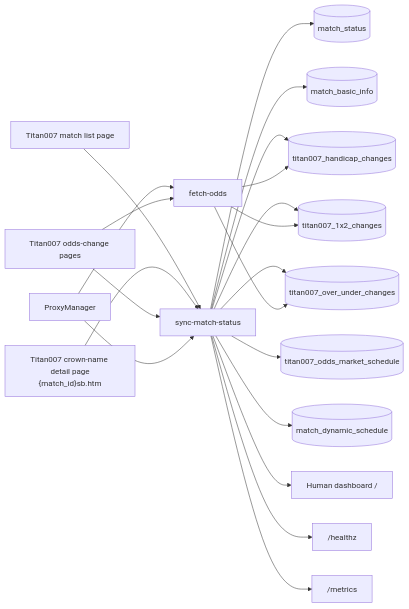
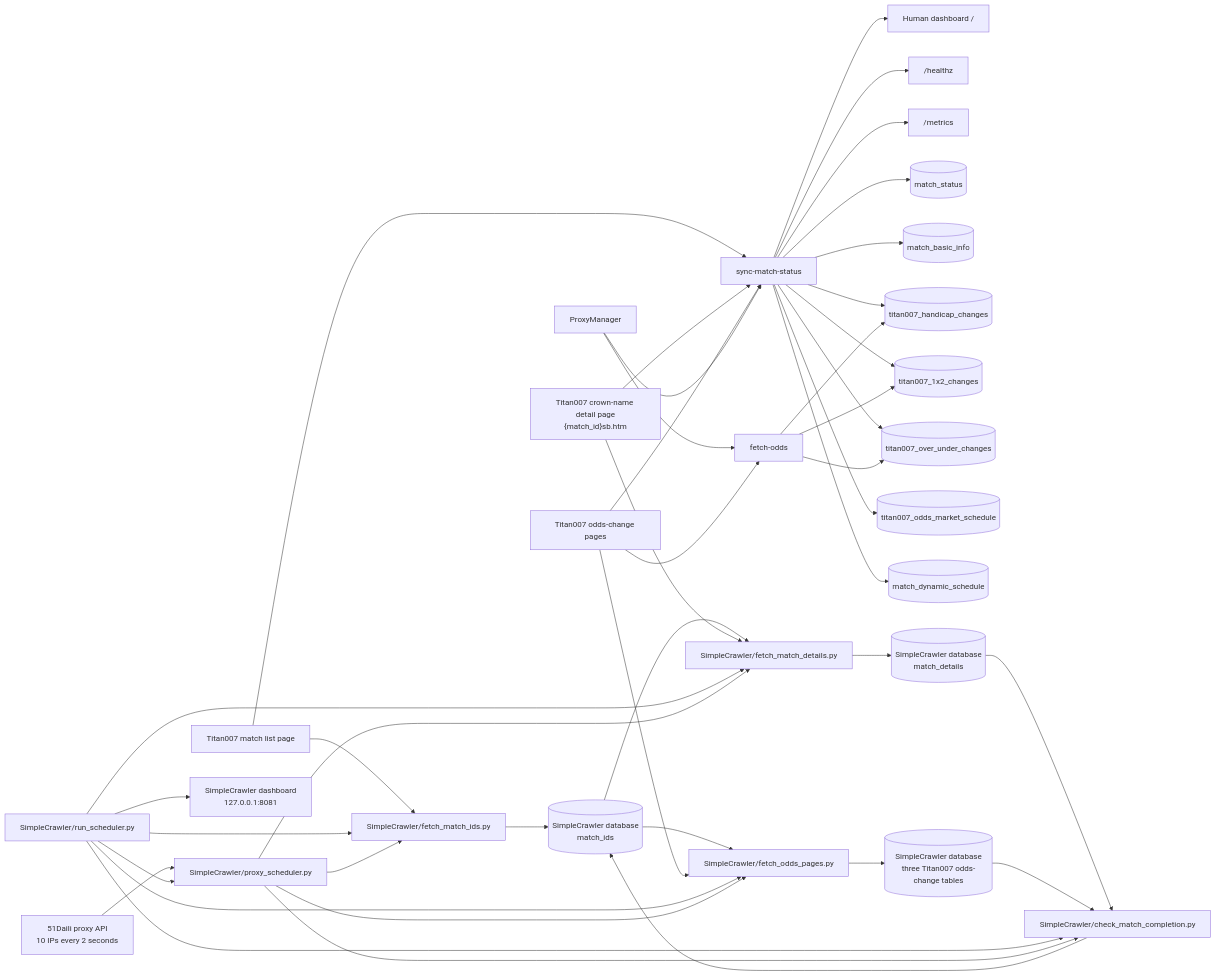
Before and after one commit to adam-zou/football2607: the first of 4 diagrams in docs/architecture/code-flow.md, drawn with Mermaid. The commit also changed other lines of this file and 25 other files, not shown here.

Commit message:
Add standalone SimpleCrawler workflow

````diff
--- a/docs/architecture/code-flow.md
+++ b/docs/architecture/code-flow.md
@@ -9,41 +9,74 @@
 ```mermaid
 flowchart LR
     TitanList["Titan007 match list page"]
     TitanDetail["Titan007 crown-name detail page<br/>{match_id}sb.htm"]
     TitanOdds["Titan007 odds-change pages"]
 
+    SimpleList["SimpleCrawler/fetch_match_ids.py"]
+    SimpleDetail["SimpleCrawler/fetch_match_details.py"]
+    SimpleOdds["SimpleCrawler/fetch_odds_pages.py"]
+    SimpleCompletion["SimpleCrawler/check_match_completion.py"]
+    SimpleProxy["SimpleCrawler/proxy_scheduler.py"]
+    SimpleRuntime["SimpleCrawler/run_scheduler.py"]
+    SimpleDashboard["SimpleCrawler dashboard<br/>127.0.0.1:8081"]
+    ProxyApi["51Daili proxy API<br/>10 IPs every 2 seconds"]
     SyncMatches["sync-match-status"]
     FetchOdds["fetch-odds"]
     Proxy["ProxyManager"]
     Dashboard["Human dashboard /"]
     Health["/healthz"]
     Metrics["/metrics"]
 
     MatchStatus[("match_status")]
     MatchInfo[("match_basic_info")]
     HandicapOdds[("titan007_handicap_changes")]
     OneXTwoOdds[("titan007_1x2_changes")]
     OverUnderOdds[("titan007_over_under_changes")]
     OddsSchedule[("titan007_odds_market_schedule")]
     DynamicSchedule[("match_dynamic_schedule")]
+    SimpleMatchIds[("SimpleCrawler database<br/>match_ids")]
+    SimpleMatchDetails[("SimpleCrawler database<br/>match_details")]
+    SimpleOddsRows[("SimpleCrawler database<br/>three Titan007 odds-change tables")]
 
     TitanList --> SyncMatches
+    TitanList --> SimpleList
+    SimpleList --> SimpleMatchIds
+    SimpleMatchIds --> SimpleDetail
+    TitanDetail --> SimpleDetail
+    SimpleDetail --> SimpleMatchDetails
+    SimpleMatchIds --> SimpleOdds
+    TitanOdds --> SimpleOdds
+    SimpleOdds --> SimpleOddsRows
+    SimpleMatchDetails --> SimpleCompletion
+    SimpleOddsRows --> SimpleCompletion
+    SimpleCompletion --> SimpleMatchIds
+    ProxyApi --> SimpleProxy
+    SimpleRuntime --> SimpleProxy
+    SimpleRuntime --> SimpleList
+    SimpleRuntime --> SimpleDetail
+    SimpleRuntime --> SimpleOdds
+    SimpleRuntime --> SimpleCompletion
+    SimpleRuntime --> SimpleDashboard
+    SimpleProxy --> SimpleList
+    SimpleProxy --> SimpleDetail
+    SimpleProxy --> SimpleOdds
+    SimpleProxy --> SimpleCompletion
     TitanDetail --> SyncMatches
     TitanOdds --> SyncMatches
     SyncMatches --> MatchStatus
     SyncMatches --> MatchInfo
     SyncMatches --> HandicapOdds
     SyncMatches --> OneXTwoOdds
     SyncMatches --> OverUnderOdds
     SyncMatches --> OddsSchedule
     SyncMatches --> DynamicSchedule
     Proxy --> SyncMatches
     SyncMatches --> Dashboard
     SyncMatches --> Health
     SyncMatches --> Metrics
     Proxy --> FetchOdds
     TitanOdds --> FetchOdds
     FetchOdds --> HandicapOdds
     FetchOdds --> OneXTwoOdds
     FetchOdds --> OverUnderOdds
 ```
````
